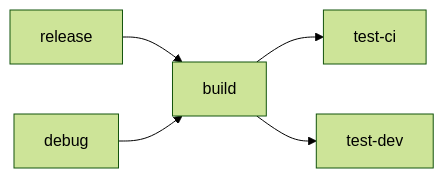
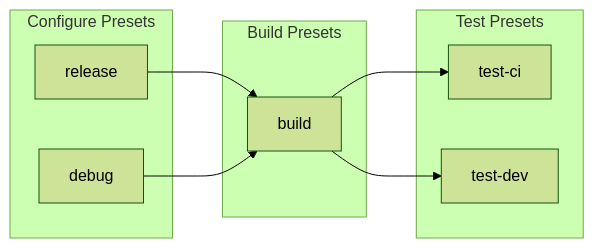
Before and after one commit to brobeson/CMakePresetGenerator: the first of 2 diagrams in docs/design.md, drawn with Mermaid (forest theme). The commit also changed other lines of this file, not shown here.

````diff
--- a/docs/design.md
+++ b/docs/design.md
@@ -3,19 +3,25 @@
 ```mermaid
 flowchart LR
-  release
-  debug
-  build
-  test-ci
-  test-dev
+  subgraph Configure Presets
+    release
+    debug
+  end
+  subgraph Build Presets
+    build
+  end
+  subgraph Test Presets
+    test-ci
+    test-dev
+  end
 
   release --> build
   debug --> build
 
   build --> test-ci
   build --> test-dev
 
   %% release --> test-ci
   %% release --> test-dev
   %% debug --> test-ci
   %% debug --> test-dev
 ```
````
